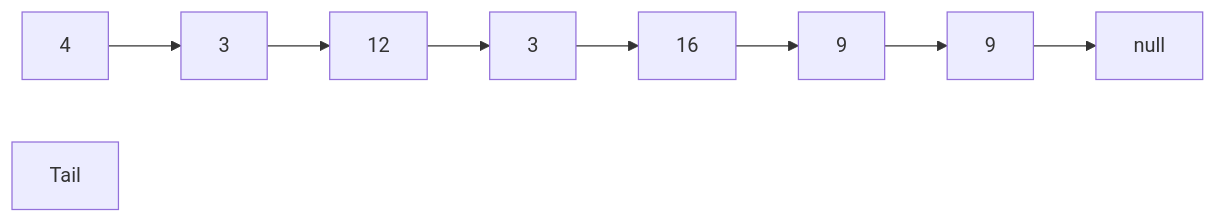
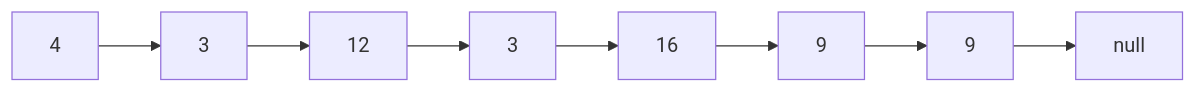
Before and after one commit to Jeffrey-S-Smith/reading-notes-401: the diagram in remove-duplicates-from-a-linked-list.md, drawn with Mermaid. The commit also changed other lines of this file, not shown here.

````diff
--- a/remove-duplicates-from-a-linked-list.md
+++ b/remove-duplicates-from-a-linked-list.md
@@ -15,12 +15,11 @@
 ```mermaid
 graph LR
                 
     A[4] --> B[3]
     B --> C[12]
     C --> D[3]
     D --> E[16]
     E --> F[9]
     F --> G[9] 
-                 Tail
     G --> H[null]
 ```
````
